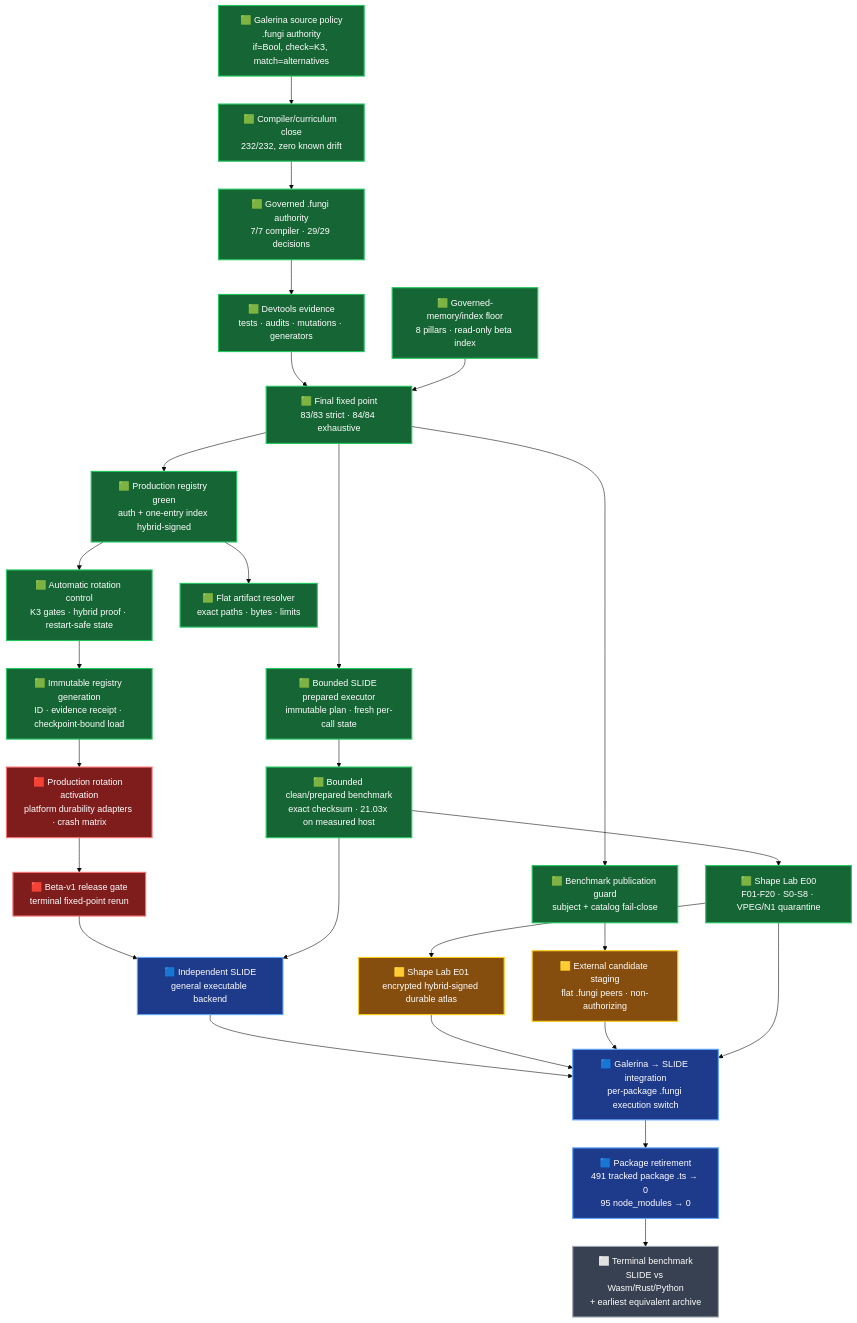
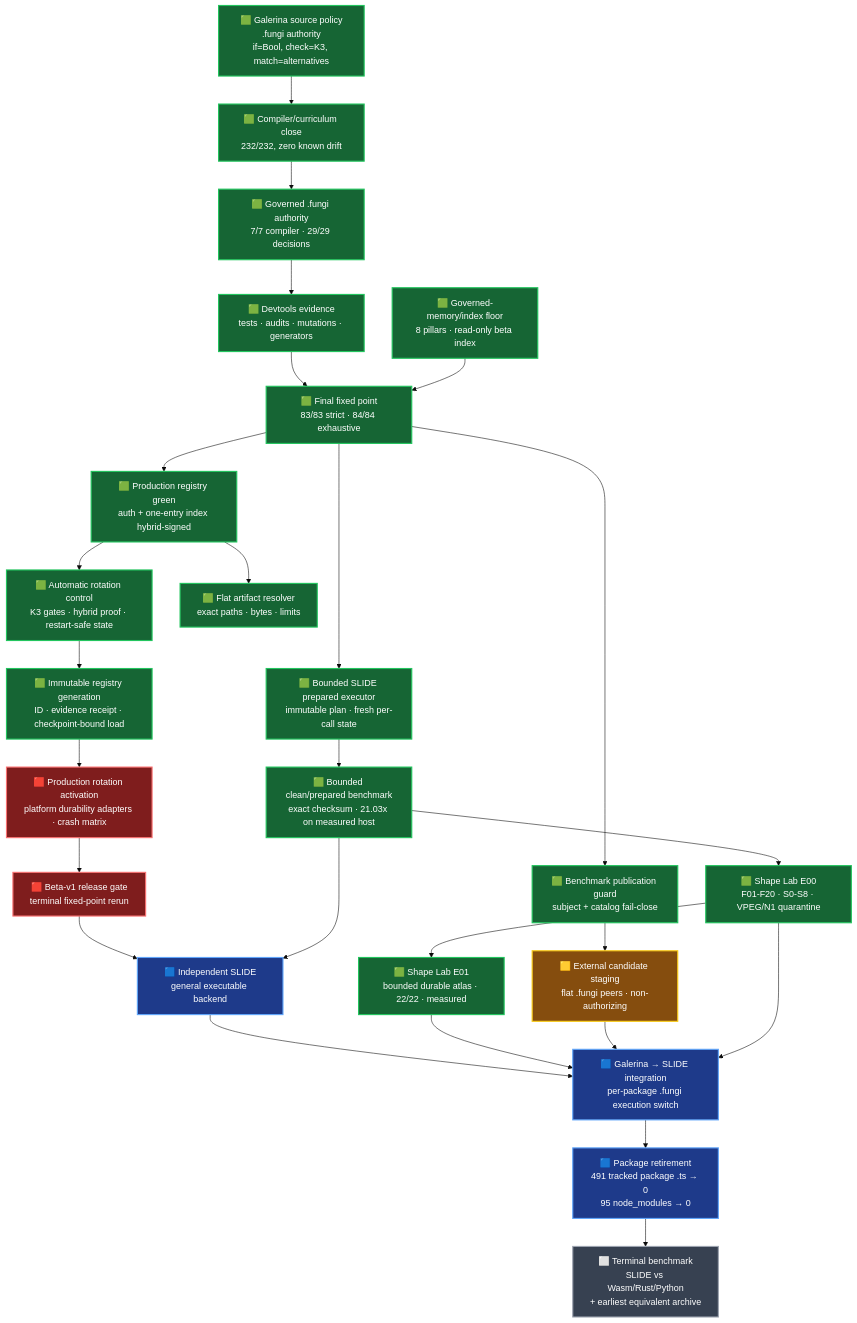
Before and after one commit to TritHypha/Deveolpment-runtime-fungi-gate: the diagram in docs/roadmap-2026-07-29-galerina-beta-v1-to-slide.md, drawn with Mermaid (base theme). The commit also changed other lines of this file and 1 other file, not shown here.

Commit message:
docs: close bounded SLIDE E01 roadmap gate

````diff
--- a/docs/roadmap-2026-07-29-galerina-beta-v1-to-slide.md
+++ b/docs/roadmap-2026-07-29-galerina-beta-v1-to-slide.md
@@ -22,47 +22,47 @@
 ```mermaid
 flowchart TB
     A["🟩 Galerina source policy<br/>.fungi authority<br/>if=Bool, check=K3, match=alternatives"]
     B["🟩 Compiler/curriculum close<br/>232/232, zero known drift"]
     C["🟩 Governed .fungi authority<br/>7/7 compiler · 29/29 decisions"]
     D["🟩 Devtools evidence<br/>tests · audits · mutations · generators"]
     E["🟩 Final fixed point<br/>83/83 strict · 84/84 exhaustive"]
     R["🟩 Automatic rotation control<br/>K3 gates · hybrid proof · restart-safe state"]
     Y["🟩 Immutable registry generation<br/>ID · evidence receipt · checkpoint-bound load"]
     X["🟥 Production rotation activation<br/>platform durability adapters · crash matrix"]
     F["🟥 Beta-v1 release gate<br/>terminal fixed-point rerun"]
     G["🟩 Production registry green<br/>auth + one-entry index hybrid-signed"]
     H["🟦 Independent SLIDE<br/>general executable backend"]
     S["🟩 Bounded SLIDE prepared executor<br/>immutable plan · fresh per-call state"]
     L["🟩 Bounded clean/prepared benchmark<br/>exact checksum · 21.03x on measured host"]
     Q["🟨 External candidate staging<br/>flat .fungi peers · non-authorizing"]
     K["🟩 Benchmark publication guard<br/>subject + catalog fail-close"]
     I["🟦 Galerina → SLIDE integration<br/>per-package .fungi execution switch"]
     T["🟦 Package retirement<br/>491 tracked package .ts → 0<br/>95 node_modules → 0"]
     J["⬜ Terminal benchmark<br/>SLIDE vs Wasm/Rust/Python<br/>+ earliest equivalent archive"]
     P["🟩 Flat artifact resolver<br/>exact paths · bytes · limits"]
     M["🟩 Shape Lab E00<br/>F01-F20 · S0-S8 · VPEG/N1 quarantine"]
-    U["🟨 Shape Lab E01<br/>encrypted hybrid-signed durable atlas"]
+    U["🟩 Shape Lab E01<br/>bounded durable atlas · 22/22 · measured"]
     Z["🟩 Governed-memory/index floor<br/>8 pillars · read-only beta index"]
 
     A --> B --> C --> D --> E --> G --> R --> Y --> X --> F --> H --> I --> T --> J
     Z --> E
     G --> P
     L --> M --> U
     U --> I
     E --> K --> Q
     E --> S --> L --> H
     Q --> I
     M --> I
 
     classDef green fill:#166534,color:#ffffff,stroke:#22c55e,stroke-width:2px;
     classDef amber fill:#854d0e,color:#ffffff,stroke:#facc15,stroke-width:2px;
     classDef red fill:#7f1d1d,color:#ffffff,stroke:#f87171,stroke-width:2px;
     classDef blue fill:#1e3a8a,color:#ffffff,stroke:#60a5fa,stroke-width:2px;
     classDef grey fill:#374151,color:#ffffff,stroke:#9ca3af,stroke-width:2px;
-    class A,B,C,D,E,G,R,Y,Z,K,S,L,M green;
+    class A,B,C,D,E,G,R,Y,Z,K,S,L,M,U green;
     class X,F red;
-    class Q,U amber;
+    class Q amber;
     class H,I,T blue;
     class P green;
     class J grey;
 ```
````
